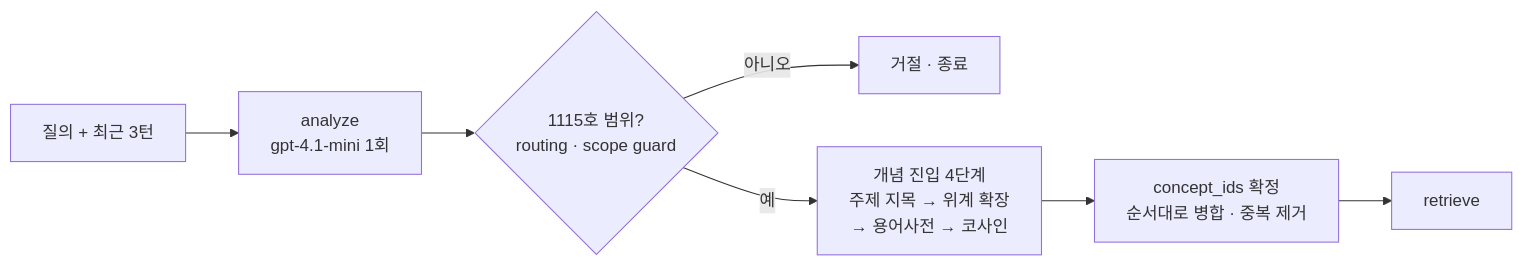
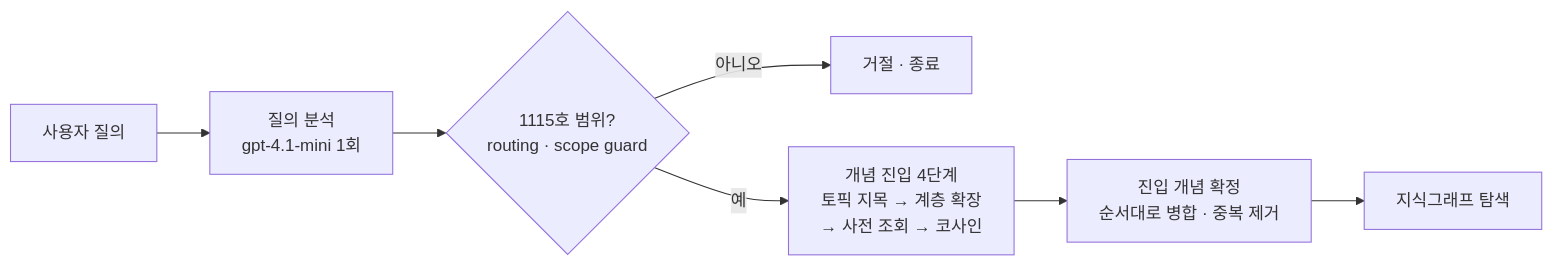
One commit to ghdtjrgns321-creator/k-ifrs-1115 changed the second of 3 diagrams in README.md. Above: the diagram before and after it, drawn with Mermaid.

Commit message:
docs(readme): 진입점 mermaid 용어를 하위 표 용어에 맞춤
concept_ids·retrieve처럼 문서에 설명이 없는 변수·노드 이름을
진입 개념 확정·지식그래프 탐색으로 바꾸고, 4단계 문구를
개념 진입 4단계 표의 표현(토픽 지목·계층 확장·사전 조회)과 일치시킴.

````diff
--- a/README.md
+++ b/README.md
@@ -218,9 +218,9 @@
 ```mermaid
 graph LR
-    Q["질의 + 최근 3턴"] --> A["analyze<br/>gpt-4.1-mini 1회"]
+    Q["사용자 질의"] --> A["질의 분석<br/>gpt-4.1-mini 1회"]
     A --> G{"1115호 범위?<br/>routing · scope guard"}
     G -->|아니오| STOP["거절 · 종료"]
-    G -->|예| E["개념 진입 4단계<br/>주제 지목 → 위계 확장<br/>→ 용어사전 → 코사인"]
-    E --> M["concept_ids 확정<br/>순서대로 병합 · 중복 제거"]
-    M --> R["retrieve"]
+    G -->|예| E["개념 진입 4단계<br/>토픽 지목 → 계층 확장<br/>→ 사전 조회 → 코사인"]
+    E --> M["진입 개념 확정<br/>순서대로 병합 · 중복 제거"]
+    M --> R["지식그래프 탐색"]
 ```
````
